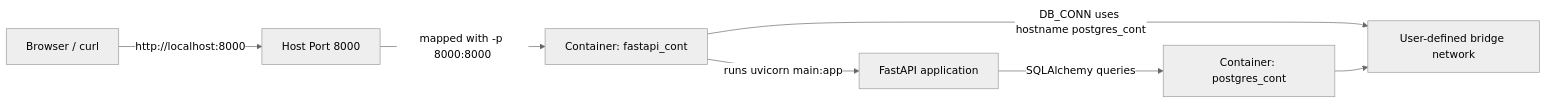
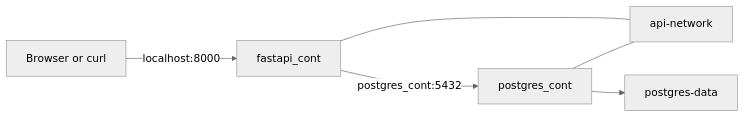
Before and after one commit to qutibah/mle-api-docker: the diagram in 04-intro-to-docker-part2.md, drawn with Mermaid (neutral theme). The commit also changed other lines of this file and 8 other files, not shown here.

````diff
--- a/04-intro-to-docker-part2.md
+++ b/04-intro-to-docker-part2.md
@@ -16,9 +9,8 @@
 ```mermaid
 flowchart LR
-    Client["Browser / curl"] -->|"http://localhost:8000"| HostPort["Host Port 8000"]
-    HostPort -->|"mapped with -p 8000:8000"| App["Container: fastapi_cont"]
-    App -->|"DB_CONN uses hostname postgres_cont"| Net["User-defined bridge network"]
-    DB["Container: postgres_cont"] --> Net
-    App -->|"runs uvicorn main:app"| API["FastAPI application"]
-    API -->|"SQLAlchemy queries"| DB
+    Client["Browser or curl"] -->|"localhost:8000"| API["fastapi_cont"]
+    API -->|"postgres_cont:5432"| DB["postgres_cont"]
+    API --- Network["api-network"]
+    DB --- Network
+    DB --> Volume["postgres-data"]
 ```
````
